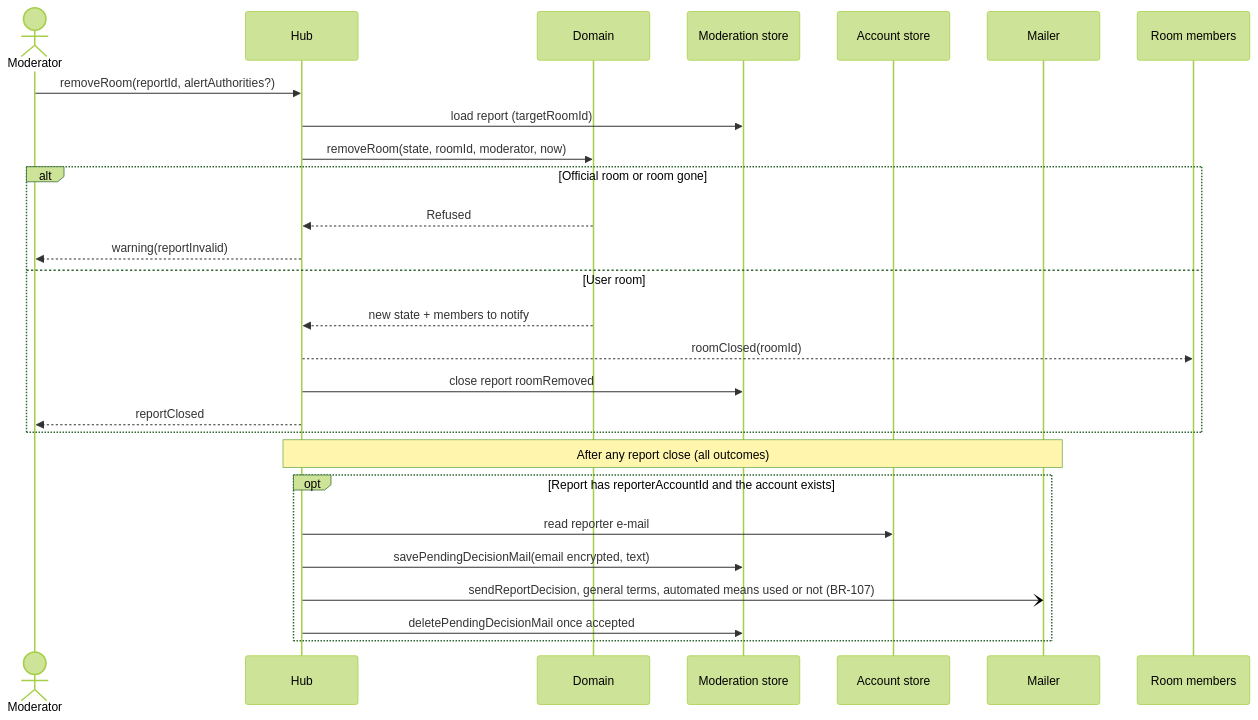
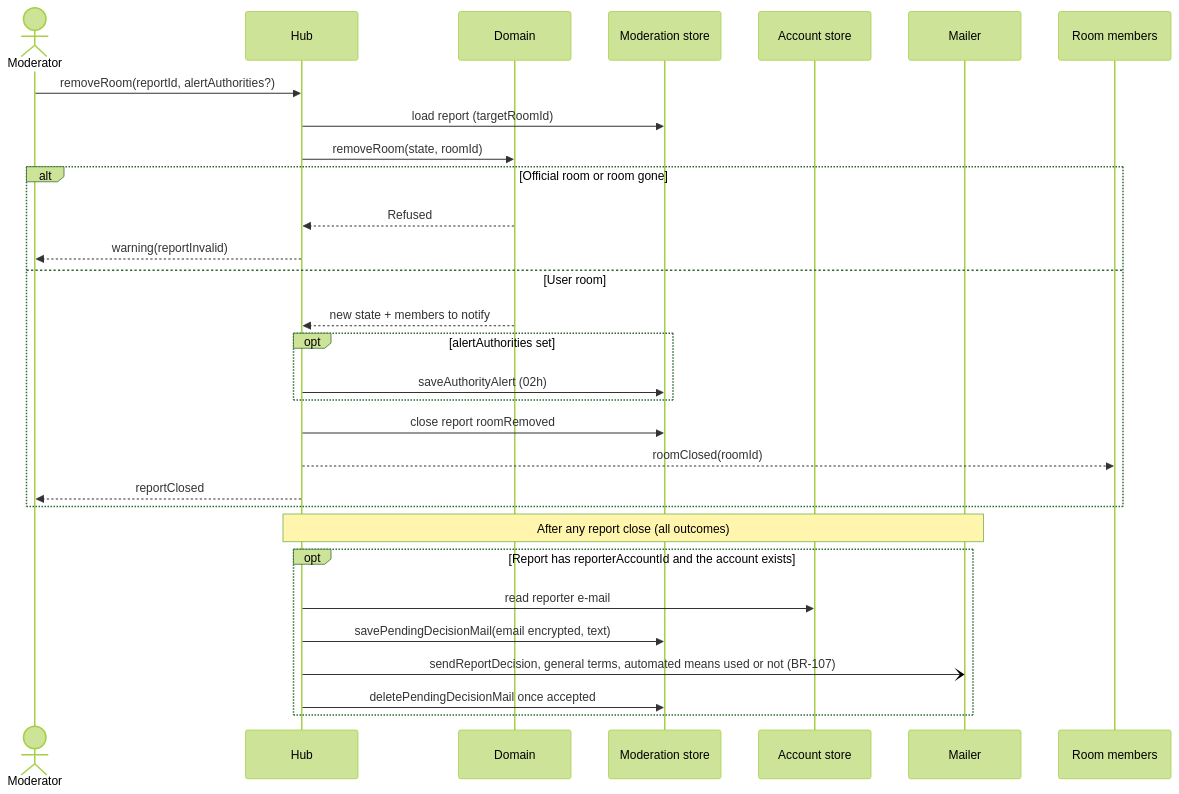
The diagram in docs/architecture/diagrams/moderation/02i-sequence-room-removal-and-decision-mail.md (benoit-bremaud/asv), drawn with Mermaid (forest theme) before and after one commit. The commit also changed other lines of this file and 44 other files, not shown here.

First line of the commit message:
feat(moderation): severe expel, authority alerts, room removal and decision e-mail (8c-2) (#230)

````diff
--- a/docs/architecture/diagrams/moderation/02i-sequence-room-removal-and-decision-mail.md
+++ b/docs/architecture/diagrams/moderation/02i-sequence-room-removal-and-decision-mail.md
@@ -13,29 +13,32 @@
 ```mermaid
 sequenceDiagram
   actor M as Moderator
   participant H as Hub
   participant D as Domain
   participant ST as Moderation store
   participant AS as Account store
   participant ML as Mailer
   participant R as Room members
   M->>H: removeRoom(reportId, alertAuthorities?)
   H->>ST: load report (targetRoomId)
-  H->>D: removeRoom(state, roomId, moderator, now)
+  H->>D: removeRoom(state, roomId)
   alt Official room or room gone
     D-->>H: Refused
     H-->>M: warning(reportInvalid)
   else User room
     D-->>H: new state + members to notify
+    opt alertAuthorities set
+      H->>ST: saveAuthorityAlert (02h)
+    end
+    H->>ST: close report roomRemoved
     H-->>R: roomClosed(roomId)
-    H->>ST: close report roomRemoved
     H-->>M: reportClosed
   end
   Note over H,ML: After any report close (all outcomes)
   opt Report has reporterAccountId and the account exists
     H->>AS: read reporter e-mail
     H->>ST: savePendingDecisionMail(email encrypted, text)
     H-)ML: sendReportDecision, general terms, automated means used or not (BR-107)
     H->>ST: deletePendingDecisionMail once accepted
   end
 ```
````
